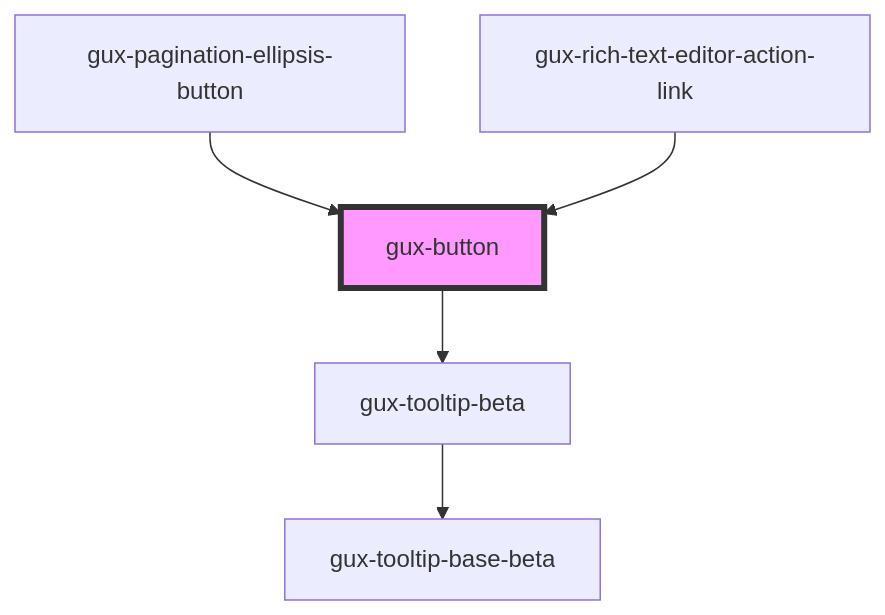
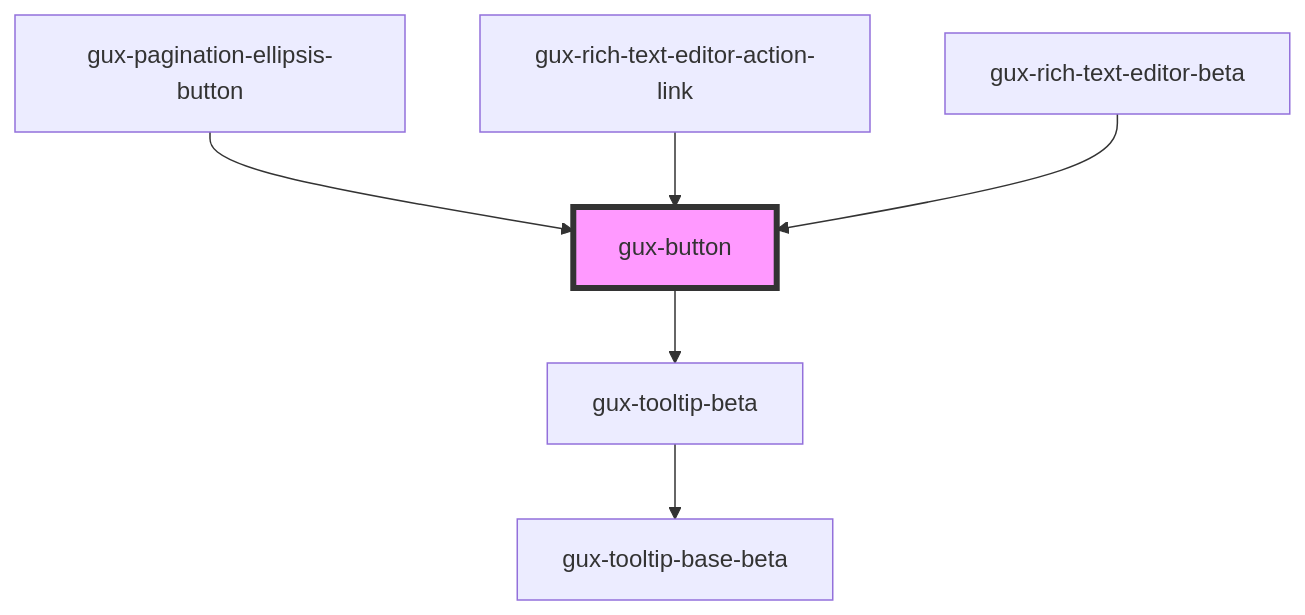
One commit to MyPureCloud/genesys-spark changed the diagram in packages/genesys-spark-components/src/components/stable/gux-button/readme.md. Above: the diagram before and after it, drawn with Mermaid. The commit also changed other lines of this file and 3 other files, not shown here.

First line of the commit message:
perf(rich-text-editor-beta): update event

````diff
--- a/packages/genesys-spark-components/src/components/stable/gux-button/readme.md
+++ b/packages/genesys-spark-components/src/components/stable/gux-button/readme.md
@@ -39,8 +40,9 @@
 ```mermaid
 graph TD;
   gux-button --> gux-tooltip-beta
   gux-tooltip-beta --> gux-tooltip-base-beta
   gux-pagination-ellipsis-button --> gux-button
   gux-rich-text-editor-action-link --> gux-button
+  gux-rich-text-editor-beta --> gux-button
   style gux-button fill:#f9f,stroke:#333,stroke-width:4px
 ```
````
